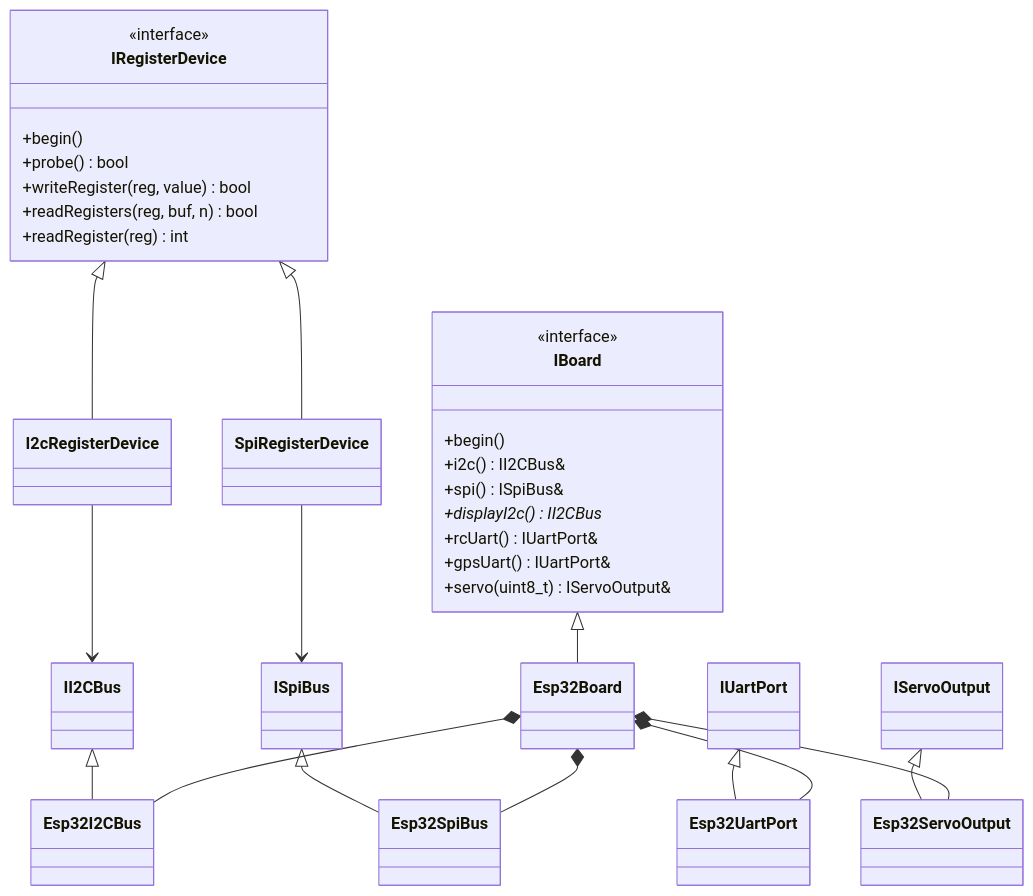
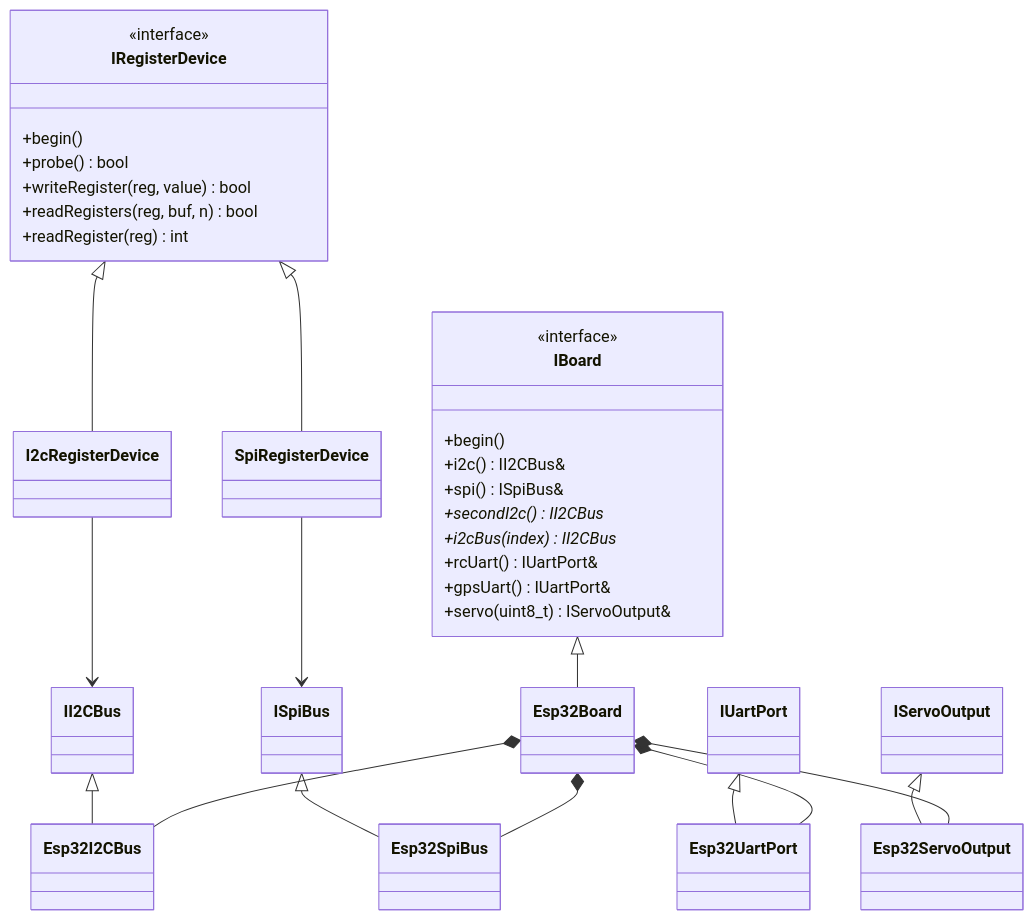
One commit to damir-lebedev/OpenPlaneProject changed the fourth of 12 diagrams in docs/ARCHITECTURE.md. Above: the diagram before and after it, drawn with Mermaid. The commit also changed 46 other files, not shown here.

````diff
--- a/docs/ARCHITECTURE.md
+++ b/docs/ARCHITECTURE.md
@@ -284,34 +284,35 @@
 ```mermaid
 classDiagram
     class IBoard {
         <<interface>>
         +begin()
         +i2c() II2CBus&
         +spi() ISpiBus&
-        +displayI2c() II2CBus*
+        +secondI2c() II2CBus*
+        +i2cBus(index) II2CBus*
         +rcUart() IUartPort&
         +gpsUart() IUartPort&
         +servo(uint8_t) IServoOutput&
     }
     class IRegisterDevice {
         <<interface>>
         +begin()
         +probe() bool
         +writeRegister(reg, value) bool
         +readRegisters(reg, buf, n) bool
         +readRegister(reg) int
     }
     IBoard <|-- Esp32Board
     II2CBus <|-- Esp32I2CBus
     ISpiBus <|-- Esp32SpiBus
     IUartPort <|-- Esp32UartPort
     IServoOutput <|-- Esp32ServoOutput
     IRegisterDevice <|-- I2cRegisterDevice
     IRegisterDevice <|-- SpiRegisterDevice
     I2cRegisterDevice --> II2CBus
     SpiRegisterDevice --> ISpiBus
     Esp32Board *-- Esp32I2CBus
     Esp32Board *-- Esp32SpiBus
     Esp32Board *-- Esp32UartPort
     Esp32Board *-- Esp32ServoOutput
 ```
````
